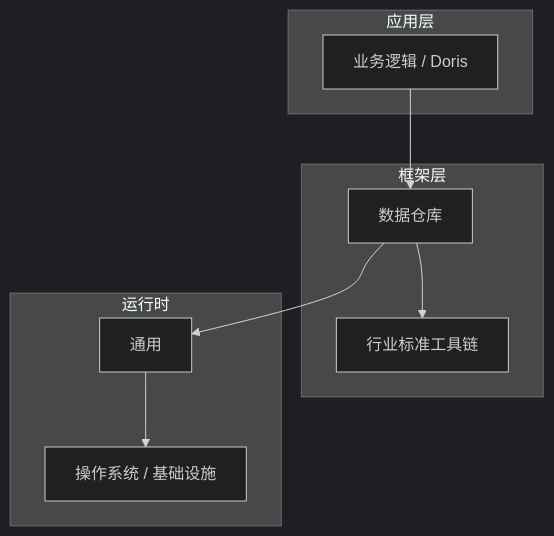
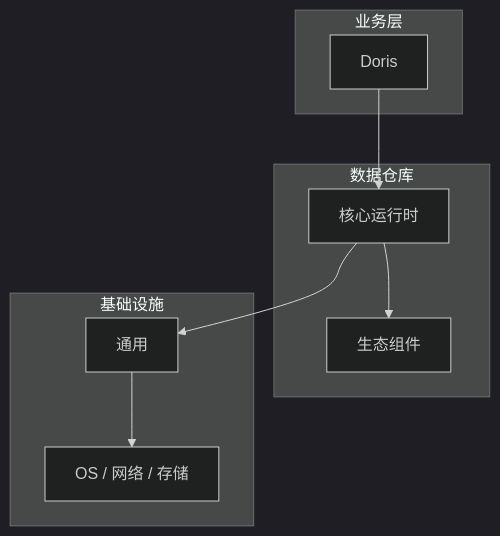
The diagram in articles/数据仓库/chapters/071-Doris核心概念与原理.md (yanggan2015/knowledge-json-v2), drawn with Mermaid (dark theme) before and after one commit. The commit also changed other lines of this file and 10127 other files, not shown here.

````diff
--- a/articles/数据仓库/chapters/071-Doris核心概念与原理.md
+++ b/articles/数据仓库/chapters/071-Doris核心概念与原理.md
@@ -45,18 +34,18 @@
 ```mermaid
 graph TB
-    subgraph 应用层
-        A[业务逻辑 / Doris]
+    subgraph 业务层
+        A[Doris]
     end
-    subgraph 框架层
-        B[数据仓库]
-        C[行业标准工具链]
+    subgraph 数据仓库
+        B[核心运行时]
+        C[生态组件]
     end
-    subgraph 运行时
+    subgraph 基础设施
         D[通用]
-        E[操作系统 / 基础设施]
+        E[OS / 网络 / 存储]
     end
     A --> B
     B --> C
     B --> D
     D --> E
 ```
````
